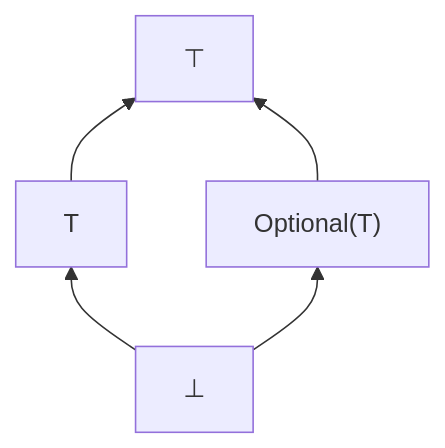
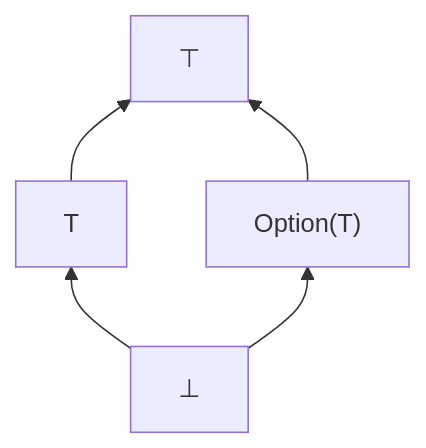
One commit to mateusfccp/mateusfccp.github.io changed the second of 3 diagrams in content/posts/pinto-v0.0.1-released.md. Above: the diagram before and after it, drawn with Mermaid. The commit also changed other lines of this file, not shown here.

Commit message:
Be consistent with Option(T)

```diff
--- a/content/posts/pinto-v0.0.1-released.md
+++ b/content/posts/pinto-v0.0.1-released.md
@@ -440,8 +440,8 @@
 {{< mermaid >}}
 flowchart BT
   Top[⊤]
   T --> Top
-  Opt["Optional(T)"] --> Top
+  Opt["Option(T)"] --> Top
   Bottom[⊥] --> T
   Bottom --> Opt
 {{< /mermaid >}}
```
